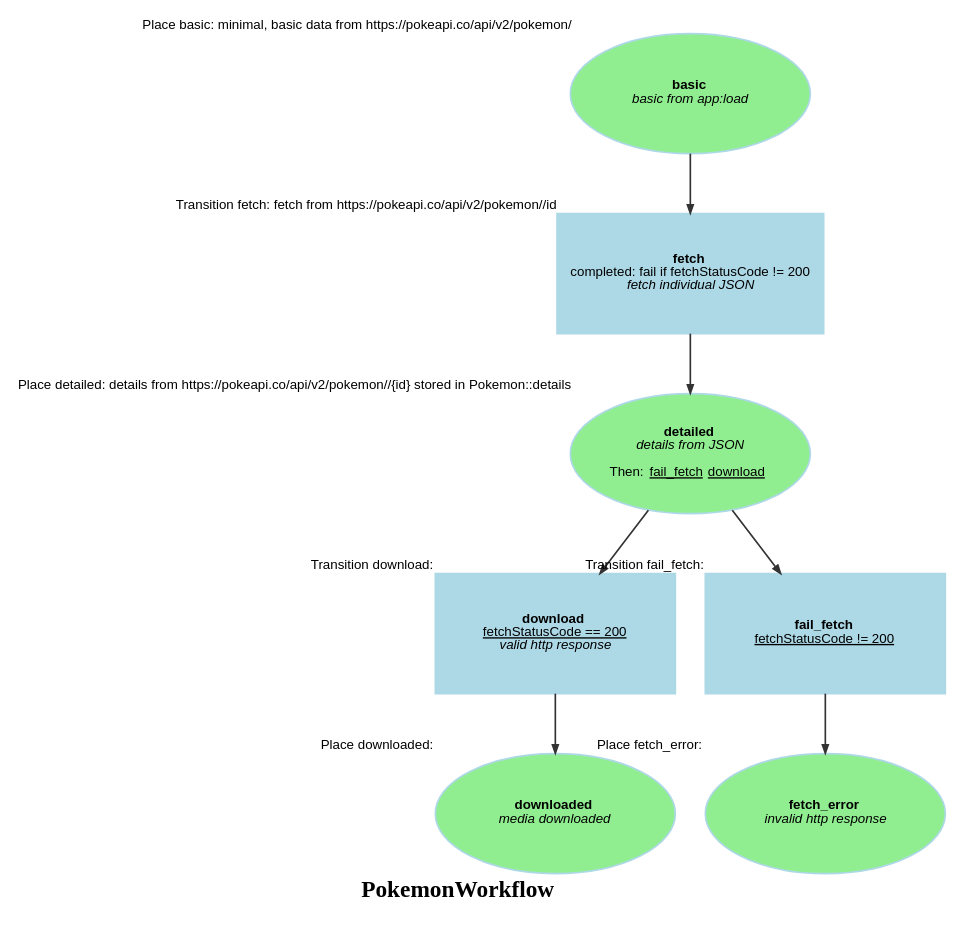
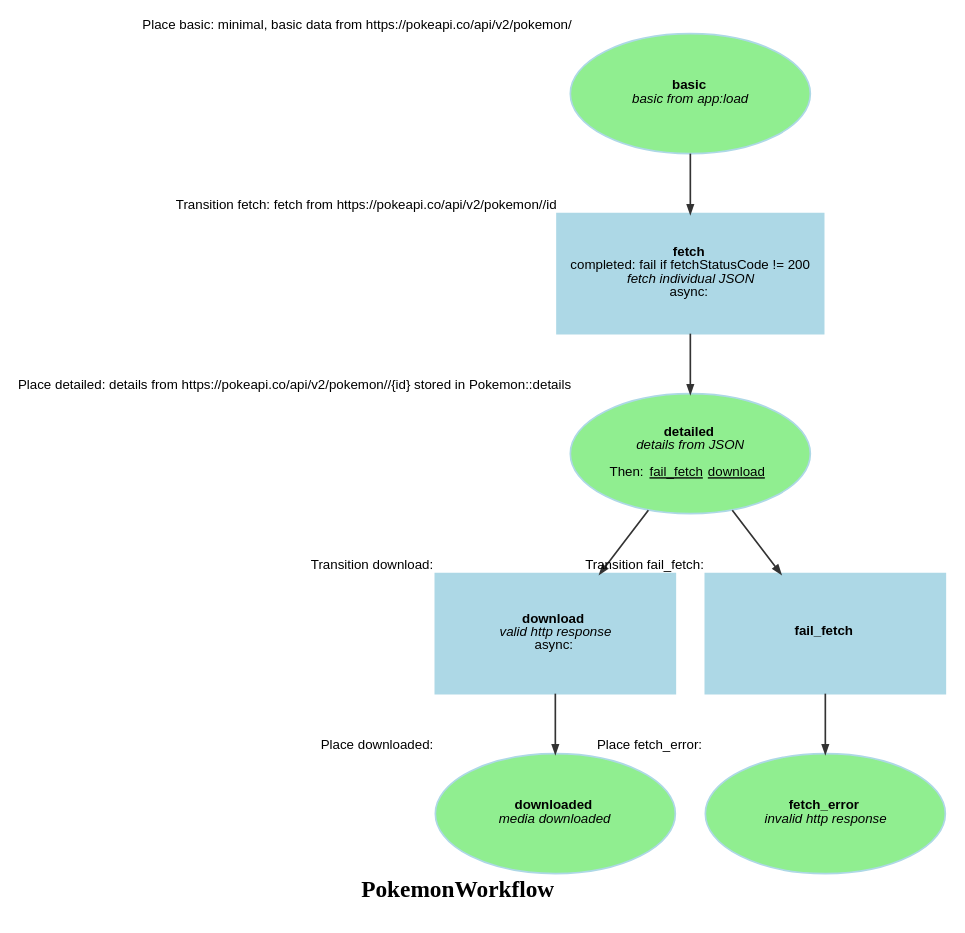
The diagram in doc/assets/PokemonWorkflow.dot (survos-sites/pokemon), drawn with Graphviz before and after one commit. The commit also changed 27 other files, not shown here.

```diff
--- a/doc/assets/PokemonWorkflow.dot
+++ b/doc/assets/PokemonWorkflow.dot
@@ -1,19 +1,19 @@
 digraph workflow {
   ratio="compress" rankdir="TB" label=<<B>PokemonWorkflow</B>>
   node [fontsize="8" fontname="Arial" color="lightBlue" style="filled" fixedsize="false" width="2" height="1"];
   edge [fontsize="7" fontname="Arial" color="#333333" arrowhead="normal" arrowsize="0.5"];
 
   place_basic [label=<<B>basic</B><BR/><I>basic from app:load</I>>, shape=oval fillcolor="lightgreen" style="filled" xlabel="Place basic: minimal, basic data from https://pokeapi.co/api/v2/pokemon/"];
   place_detailed [label=<<B>detailed</B><BR/><I>details from JSON</I><BR/><BR/>Then: <U>fail_fetch</U> <U>download</U> >, shape=oval fillcolor="lightgreen" style="filled" xlabel="Place detailed: details from https://pokeapi.co/api/v2/pokemon//{id} stored in Pokemon::details"];
   place_downloaded [label=<<B>downloaded</B><BR/><I>media downloaded</I>>, shape=oval fillcolor="lightgreen" style="filled" xlabel="Place downloaded: "];
   place_fetch_error [label=<<B>fetch_error</B><BR/><I>invalid http response</I>>, shape=oval fillcolor="lightgreen" style="filled" xlabel="Place fetch_error: "];
-  transition_fetch [label=<<B>fetch</B><BR/>completed: fail if fetchStatusCode != 200<BR/><I>fetch individual JSON</I>>, shape="box" regular="" xlabel="Transition fetch: fetch from https://pokeapi.co/api/v2/pokemon//id"];
-  transition_download [label=<<B>download</B><BR/><U>fetchStatusCode == 200</U><BR/><I>valid http response</I>>, shape="box" regular="" xlabel="Transition download: "];
-  transition_fail_fetch [label=<<B>fail_fetch</B><BR/><U>fetchStatusCode != 200</U>>, shape="box" regular="" xlabel="Transition fail_fetch: "];
+  transition_fetch [label=<<B>fetch</B><BR/>completed: fail if fetchStatusCode != 200<BR/><I>fetch individual JSON</I><BR/>async: >, shape="box" regular="" xlabel="Transition fetch: fetch from https://pokeapi.co/api/v2/pokemon//id"];
+  transition_download [label=<<B>download</B><BR/><I>valid http response</I><BR/>async: >, shape="box" regular="" xlabel="Transition download: "];
+  transition_fail_fetch [label=<<B>fail_fetch</B>>, shape="box" regular="" xlabel="Transition fail_fetch: "];
   place_basic -> transition_fetch [style="solid", comment="basic"];
   transition_fetch -> place_detailed [style="solid"];
   place_detailed -> transition_download [style="solid", comment="detailed"];
   transition_download -> place_downloaded [style="solid"];
   place_detailed -> transition_fail_fetch [style="solid", comment="detailed"];
   transition_fail_fetch -> place_fetch_error [style="solid"];
 }
```
